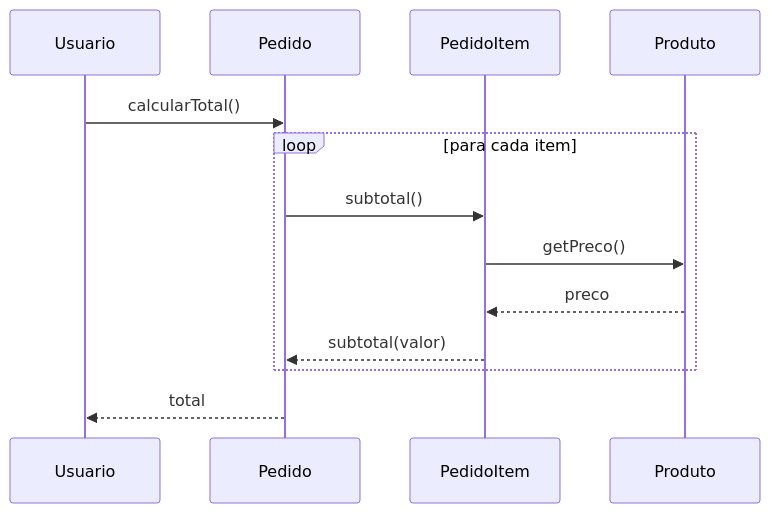
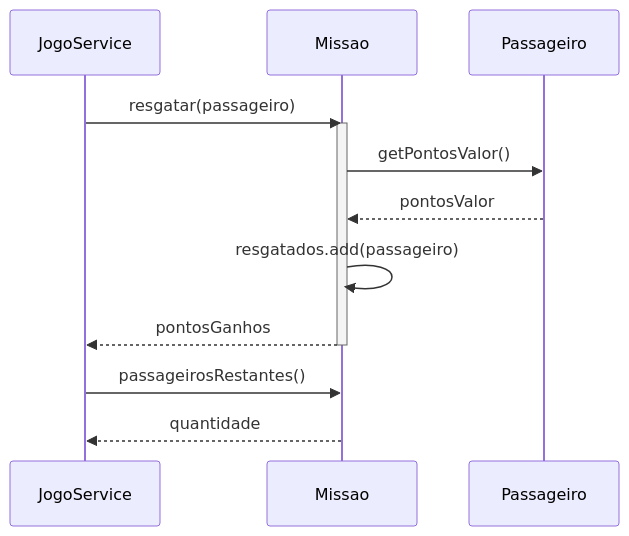
The second of 2 diagrams in missaoMarteUnifor/grasp/apostilas-grasp/info-expert.md (ProfBezerra/T200-ProjArqSist), drawn with Mermaid before and after one commit. The commit also changed other lines of this file and 10 other files, not shown here.

````diff
--- a/missaoMarteUnifor/grasp/apostilas-grasp/info-expert.md
+++ b/missaoMarteUnifor/grasp/apostilas-grasp/info-expert.md
@@ -64,16 +58,17 @@
 ```mermaid
 sequenceDiagram
-  participant Usuario
-  participant Pedido
-  participant PedidoItem
-  participant Produto
+  participant JogoService
+  participant Missao
+  participant Passageiro
 
-  Usuario->>Pedido: calcularTotal()
-  loop para cada item
-    Pedido->>PedidoItem: subtotal()
-    PedidoItem->>Produto: getPreco()
-    Produto-->>PedidoItem: preco
-    PedidoItem-->>Pedido: subtotal(valor)
-  end
-  Pedido-->>Usuario: total
+  JogoService->>Missao: resgatar(passageiro)
+  activate Missao
+  Missao->>Passageiro: getPontosValor()
+  Passageiro-->>Missao: pontosValor
+  Missao->>Missao: resgatados.add(passageiro)
+  Missao-->>JogoService: pontosGanhos
+  deactivate Missao
+
+  JogoService->>Missao: passageirosRestantes()
+  Missao-->>JogoService: quantidade
 ```
````
